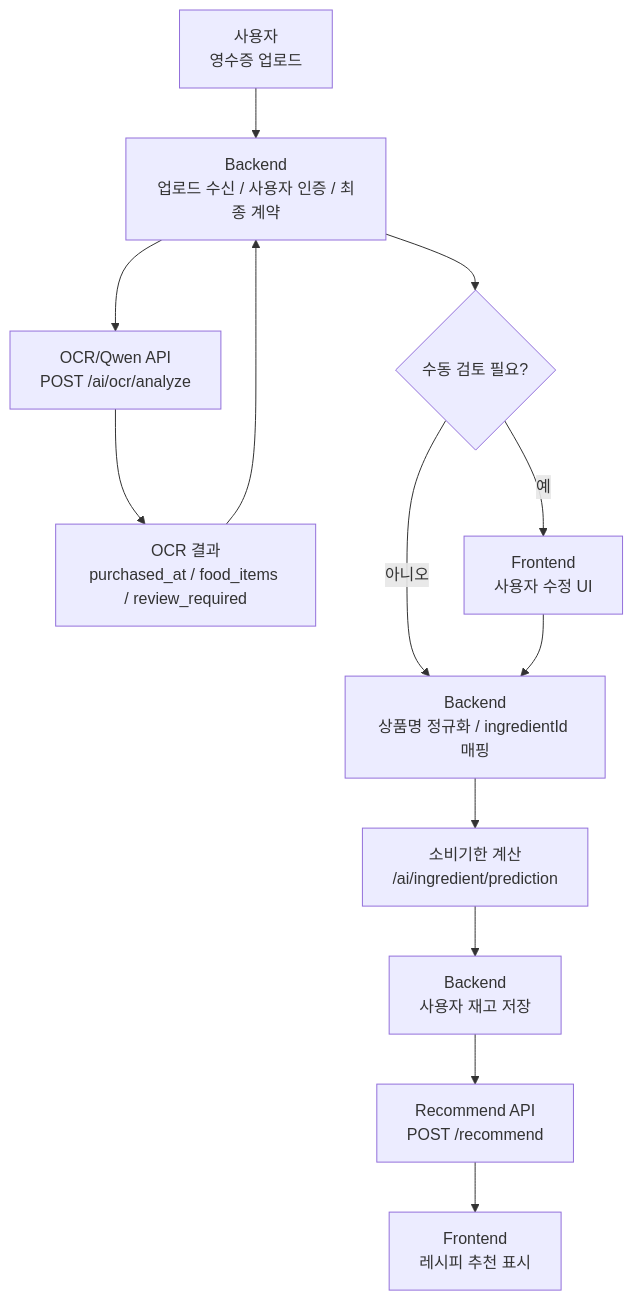
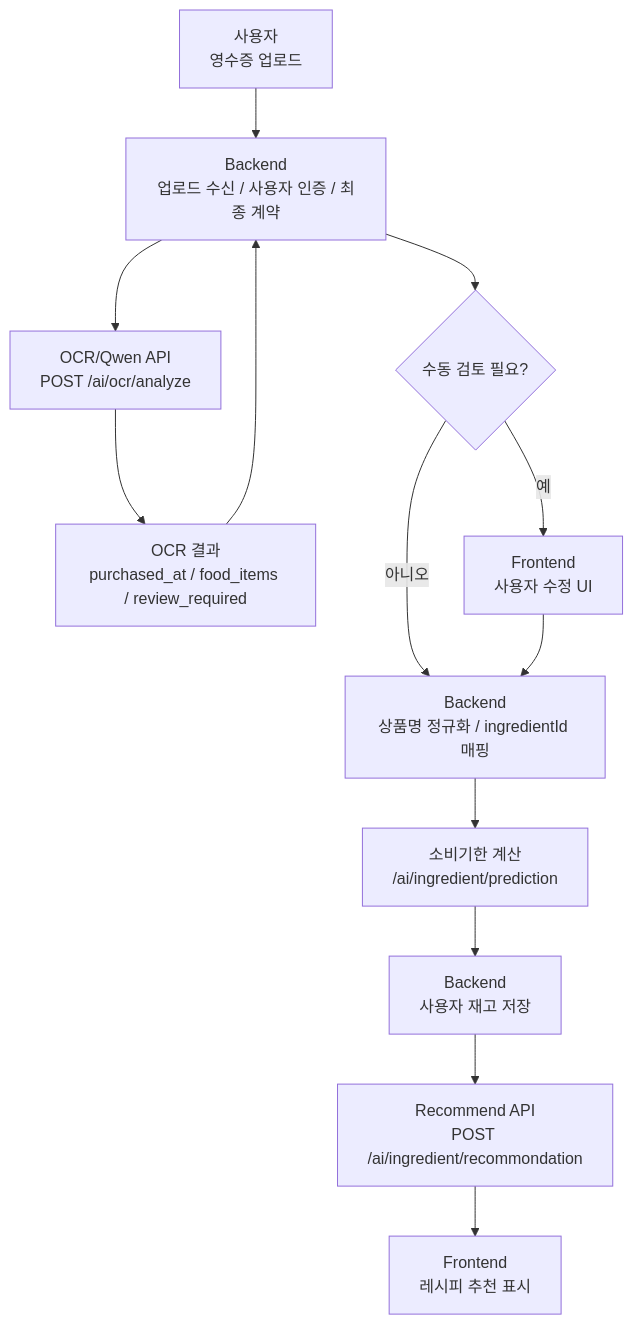
Before and after one commit to MulmuMulmu/AI-Repository: the first of 2 diagrams in docs/architecture/AI_PIPELINE_QA_GUIDE.md, drawn with Mermaid. The commit also changed other lines of this file and 9 other files, not shown here.

````diff
--- a/docs/architecture/AI_PIPELINE_QA_GUIDE.md
+++ b/docs/architecture/AI_PIPELINE_QA_GUIDE.md
@@ -55,15 +55,15 @@
 ```mermaid
 flowchart TD
     A["사용자\n영수증 업로드"] --> B["Backend\n업로드 수신 / 사용자 인증 / 최종 계약"]
     B --> C["OCR/Qwen API\nPOST /ai/ocr/analyze"]
     C --> D["OCR 결과\npurchased_at / food_items / review_required"]
     D --> B
     B --> E{"수동 검토 필요?"}
     E -- "아니오" --> F["Backend\n상품명 정규화 / ingredientId 매핑"]
     E -- "예" --> G["Frontend\n사용자 수정 UI"]
     G --> F
     F --> H["소비기한 계산\n/ai/ingredient/prediction"]
     H --> I["Backend\n사용자 재고 저장"]
-    I --> J["Recommend API\nPOST /recommend"]
+    I --> J["Recommend API\nPOST /ai/ingredient/recommondation"]
     J --> K["Frontend\n레시피 추천 표시"]
 ```
````
